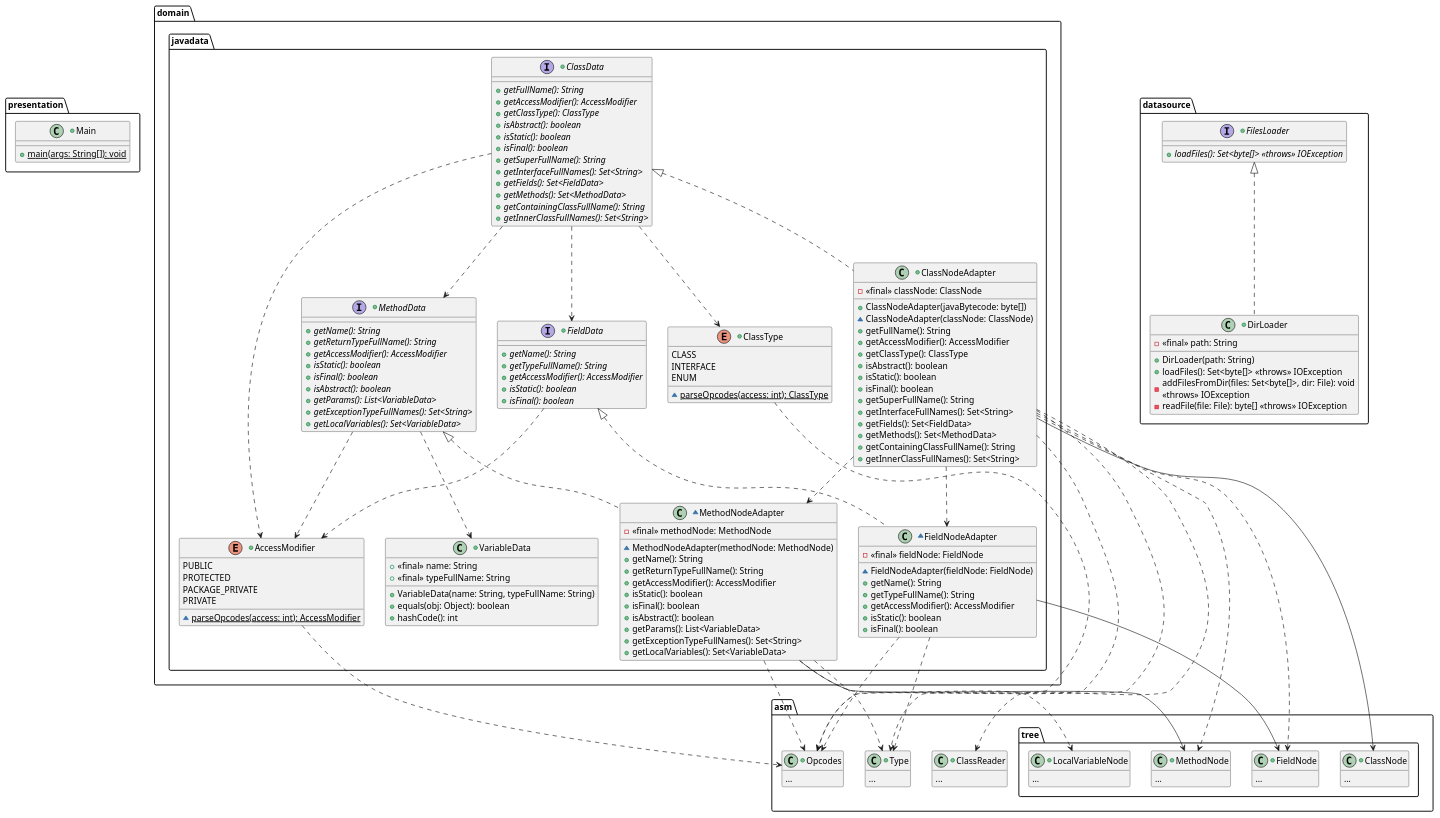
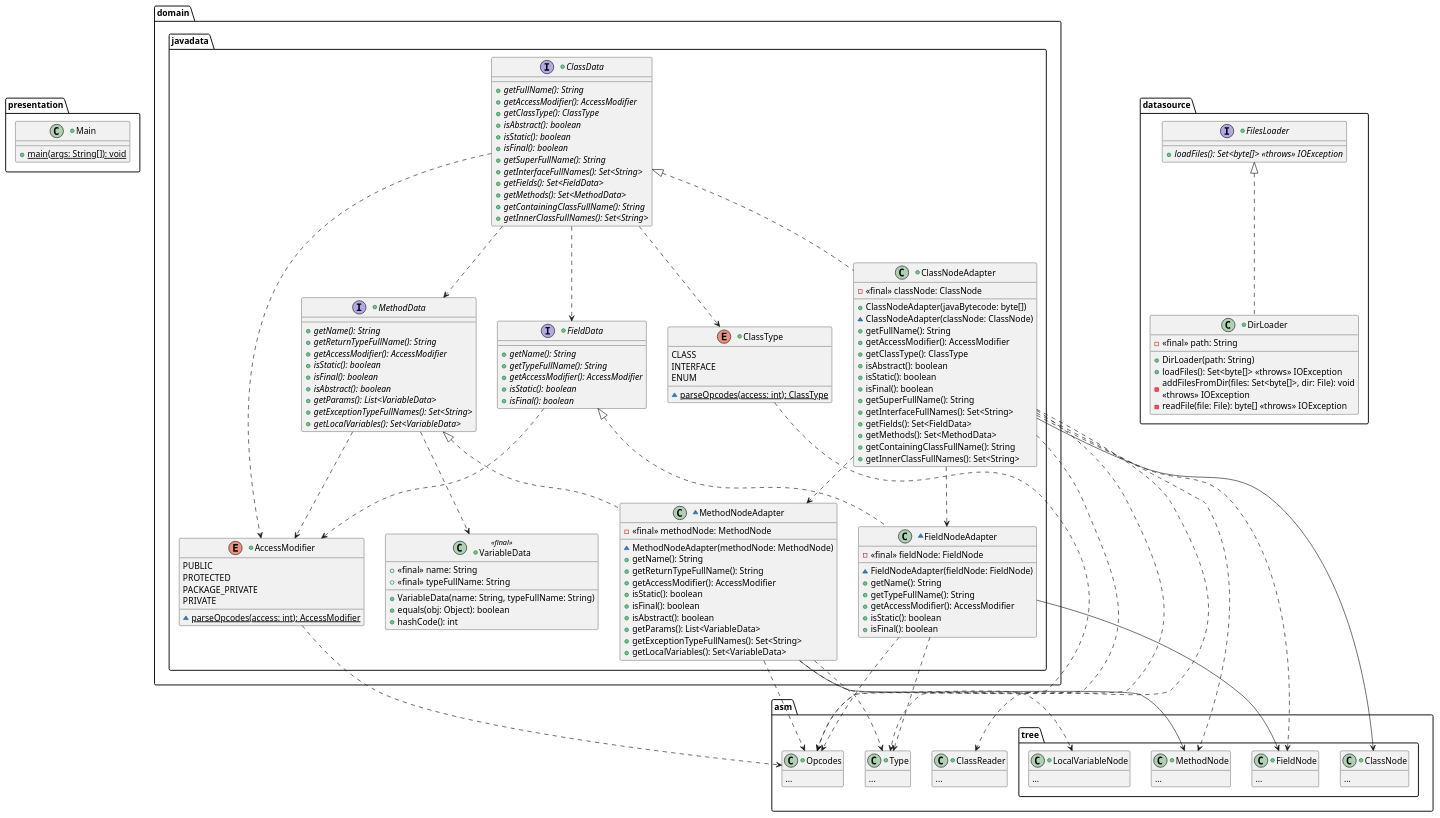
Before and after one commit to mkacct/csse375-project-2.1: the diagram in design.puml, drawn with PlantUML. The commit also changed 8 other files, not shown here.

```diff
--- a/design.puml
+++ b/design.puml
@@ -33,7 +33,7 @@
 
 		ClassType ..> .asm.Opcodes
 
-		+class VariableData {
+		+class VariableData <<final>> {
 			+ <<final>> name: String
 			+ <<final>> typeFullName: String
 
```
